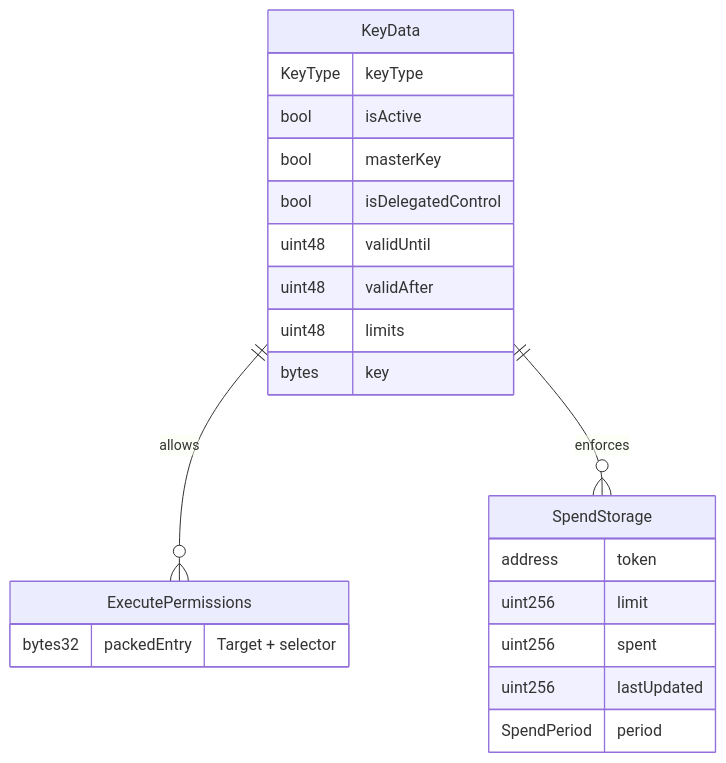
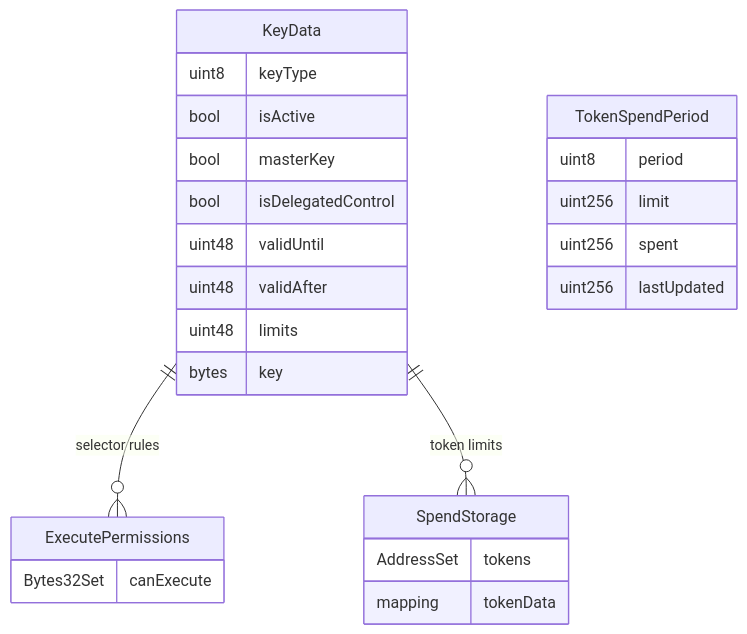
The second of 3 diagrams in docs/SessionKeys.md (openfort-xyz/openfort-7702-account), drawn with Mermaid before and after one commit. The commit also changed other lines of this file, not shown here.

````diff
--- a/docs/SessionKeys.md
+++ b/docs/SessionKeys.md
@@ -147,28 +124,32 @@
 ```mermaid
 erDiagram
     KeyData {
-        KeyType keyType
-        bool isActive
-        bool masterKey
-        bool isDelegatedControl
-        uint48 validUntil
-        uint48 validAfter
-        uint48 limits
-        bytes key
+        uint8   keyType
+        bool    isActive
+        bool    masterKey
+        bool    isDelegatedControl
+        uint48  validUntil
+        uint48  validAfter
+        uint48  limits
+        bytes   key
     }
 
     ExecutePermissions {
-        bytes32 packedEntry "Target + selector"
+        Bytes32Set canExecute
     }
 
     SpendStorage {
-        address token
-        uint256 limit
-        uint256 spent
-        uint256 lastUpdated
-        SpendPeriod period
+        AddressSet tokens
+        mapping tokenData
     }
 
-    KeyData ||--o{ ExecutePermissions : allows
-    KeyData ||--o{ SpendStorage : enforces
+    TokenSpendPeriod {
+        uint8    period
+        uint256  limit
+        uint256  spent
+        uint256  lastUpdated
+    }
+
+    KeyData ||--o{ ExecutePermissions : "selector rules"
+    KeyData ||--o{ SpendStorage : "token limits"
 ```
````
